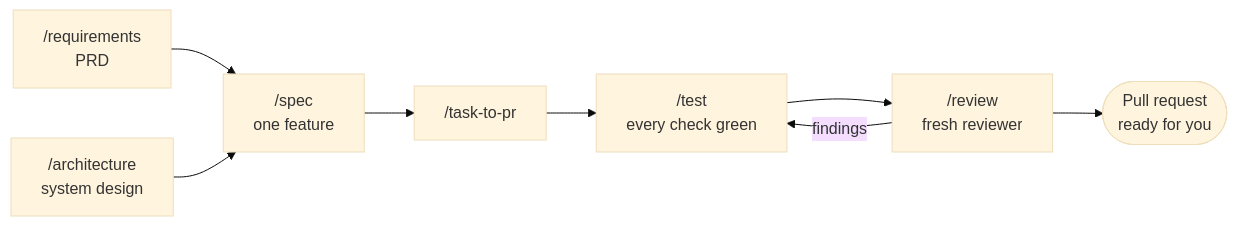
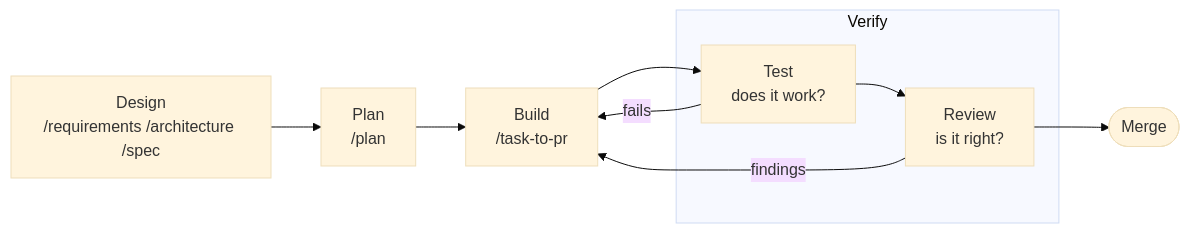
The diagram in README.md (owainlewis/blueprint), drawn with Mermaid (base theme) before and after one commit. The commit also changed other lines of this file and 5 other files, not shown here.

First line of the commit message:
docs: frame Blueprint as design, plan, build, verify and add a verification guide

````diff
--- a/README.md
+++ b/README.md
@@ -68,10 +70,14 @@
 ```mermaid
 flowchart LR
-    R["/requirements<br/>PRD"] --> S["/spec<br/>one feature"]
-    A["/architecture<br/>system design"] --> S
-    S --> P["/task-to-pr"]
-    P --> T["/test<br/>every check green"]
-    T --> V["/review<br/>fresh reviewer"]
-    V -->|findings| T
-    V --> PR(["Pull request<br/>ready for you"])
+    D["Design<br/>/requirements /architecture /spec"] --> P["Plan<br/>/plan"]
+    P --> B["Build<br/>/task-to-pr"]
+    B --> T["Test<br/>does it work?"]
+    T -->|fails| B
+    T --> R["Review<br/>is it right?"]
+    R -->|findings| B
+    R --> M(["Merge"])
+    subgraph V [Verify]
+        T
+        R
+    end
 ```
````
